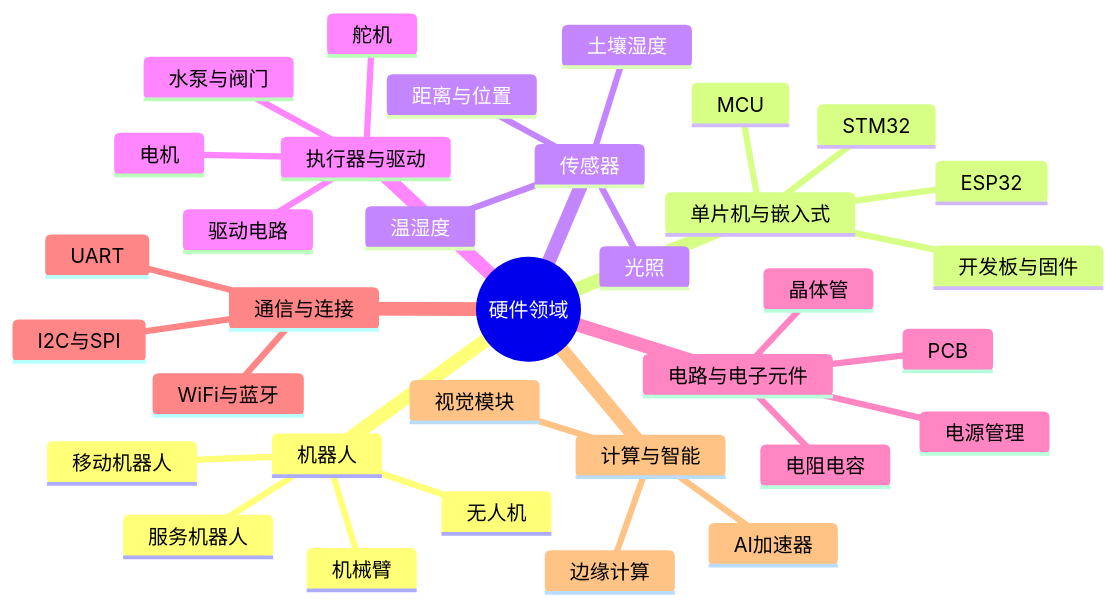
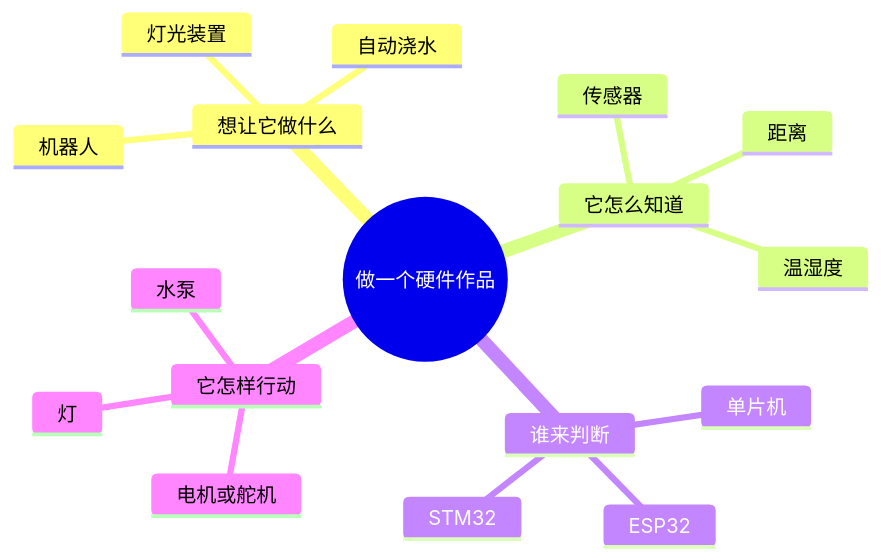
One commit to luochen211/hardware changed the first of 7 diagrams in docs/硬件宏观认知思维导图.md. Above: the diagram before and after it, drawn with Mermaid. The commit also changed other lines of this file and 1 other file, not shown here.

Commit message:
docs: simplify hardware mind map

````diff
--- a/docs/硬件宏观认知思维导图.md
+++ b/docs/硬件宏观认知思维导图.md
@@ -7,37 +7,20 @@
 ```mermaid
 mindmap
-  root((硬件领域))
-    机器人
-      移动机器人
-      机械臂
-      服务机器人
-      无人机
-    单片机与嵌入式
-      MCU
+  root((做一个硬件作品))
+    想让它做什么
+      机器人
+      自动浇水
+      灯光装置
+    它怎么知道
+      传感器
+      距离
+      温湿度
+    谁来判断
+      单片机
       ESP32
       STM32
-      开发板与固件
-    传感器
-      温湿度
-      光照
-      距离与位置
-      土壤湿度
-    执行器与驱动
-      电机
-      舵机
-      水泵与阀门
-      驱动电路
-    电路与电子元件
-      电阻电容
-      晶体管
-      电源管理
-      PCB
-    通信与连接
-      UART
-      I2C与SPI
-      WiFi与蓝牙
-    计算与智能
-      边缘计算
-      视觉模块
-      AI加速器
+    它怎样行动
+      电机或舵机
+      灯
+      水泵
 ```
````
